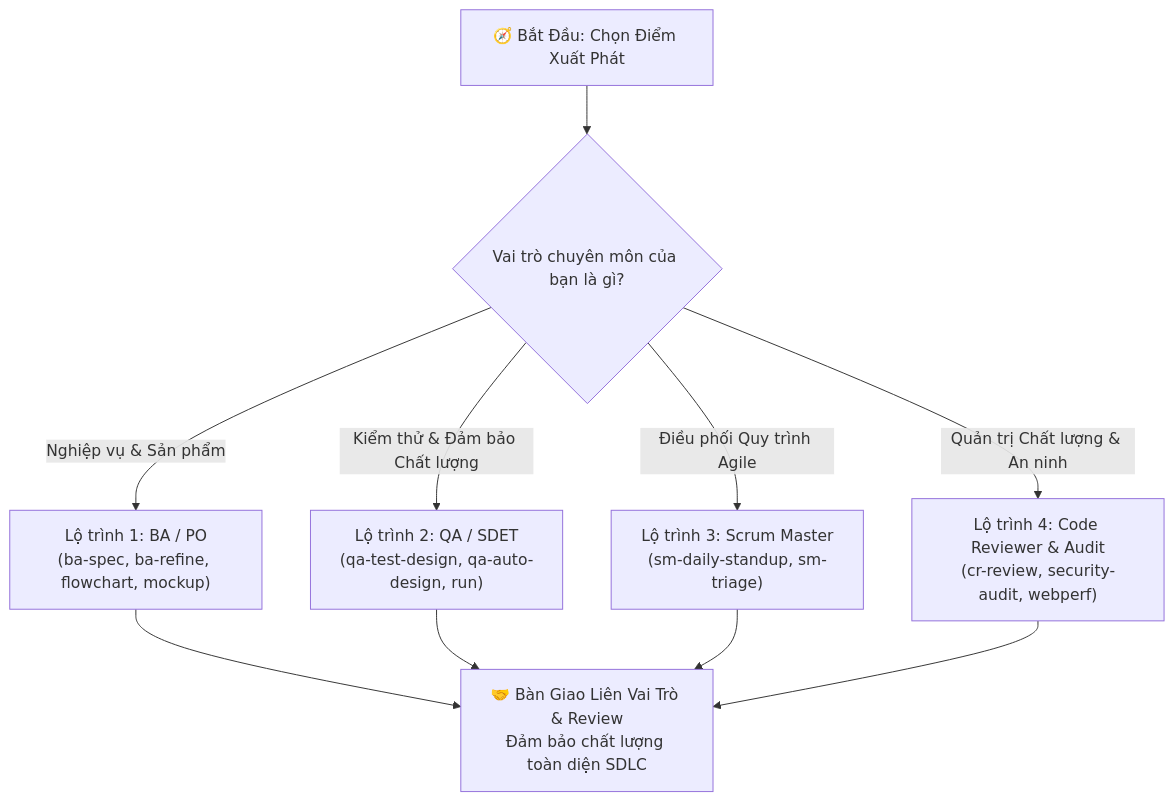
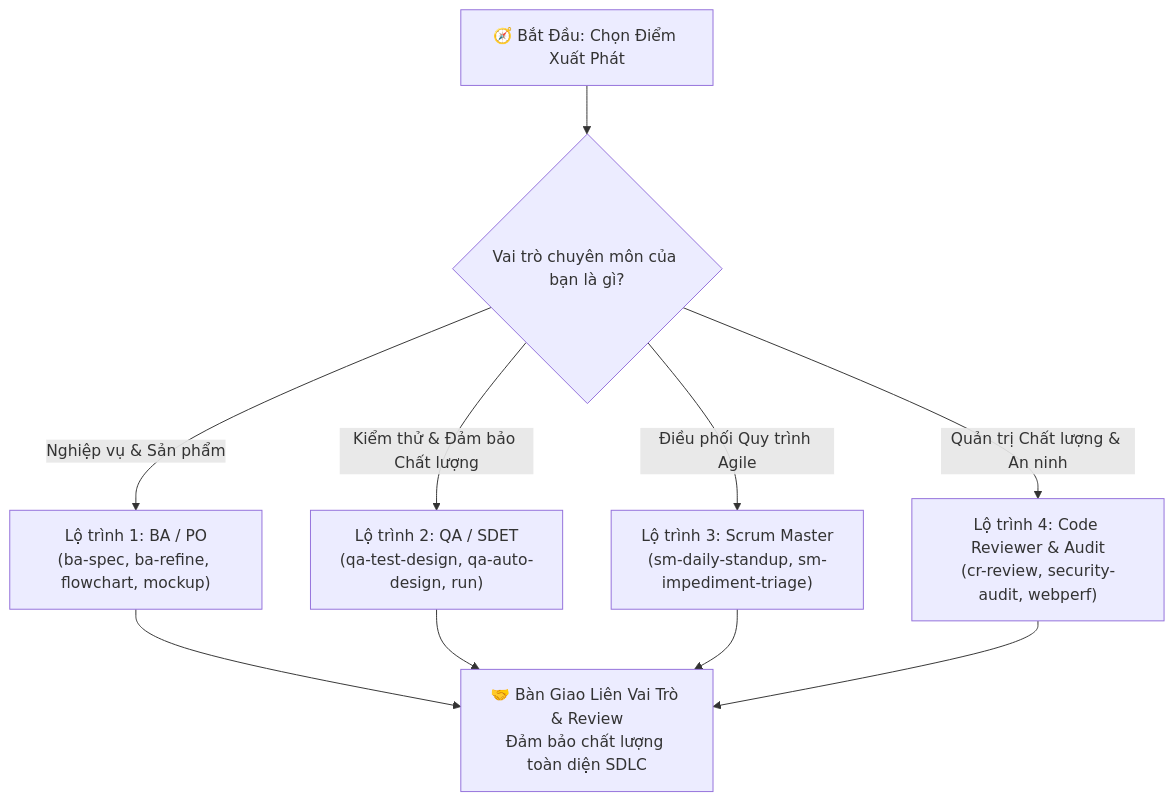
One commit to quangnt2697/Agent-skills changed the first of 2 diagrams in LEARNING-ROADMAP.md. Above: the diagram before and after it, drawn with Mermaid. The commit also changed other lines of this file and 83 other files, not shown here.

````diff
--- a/LEARNING-ROADMAP.md
+++ b/LEARNING-ROADMAP.md
@@ -17,13 +17,13 @@
 ```mermaid
 graph TD
     Start["🧭 Bắt Đầu: Chọn Điểm Xuất Phát"] --> Q{"Vai trò chuyên môn của bạn là gì?"}
     Q -->|Nghiệp vụ & Sản phẩm| R_BA["Lộ trình 1: BA / PO<br/>(ba-spec, ba-refine, flowchart, mockup)"]
     Q -->|Kiểm thử & Đảm bảo Chất lượng| R_QA["Lộ trình 2: QA / SDET<br/>(qa-test-design, qa-auto-design, run)"]
-    Q -->|Điều phối Quy trình Agile| R_SM["Lộ trình 3: Scrum Master<br/>(sm-daily-standup, sm-triage)"]
+    Q -->|Điều phối Quy trình Agile| R_SM["Lộ trình 3: Scrum Master<br/>(sm-daily-standup, sm-impediment-triage)"]
     Q -->|Quản trị Chất lượng & An ninh| R_CR["Lộ trình 4: Code Reviewer & Audit<br/>(cr-review, security-audit, webperf)"]
     
     R_BA --> COLLAB["🤝 Bàn Giao Liên Vai Trò & Review<br/>Đảm bảo chất lượng toàn diện SDLC"]
     R_QA --> COLLAB
     R_SM --> COLLAB
     R_CR --> COLLAB
 ```
````
